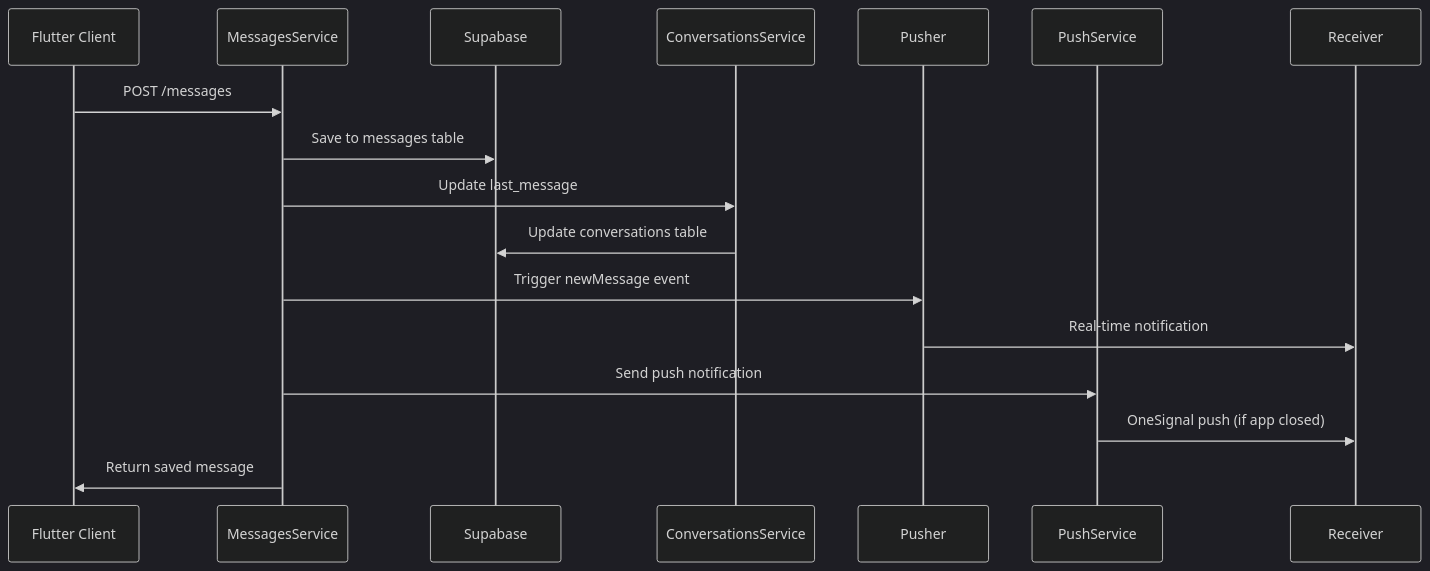
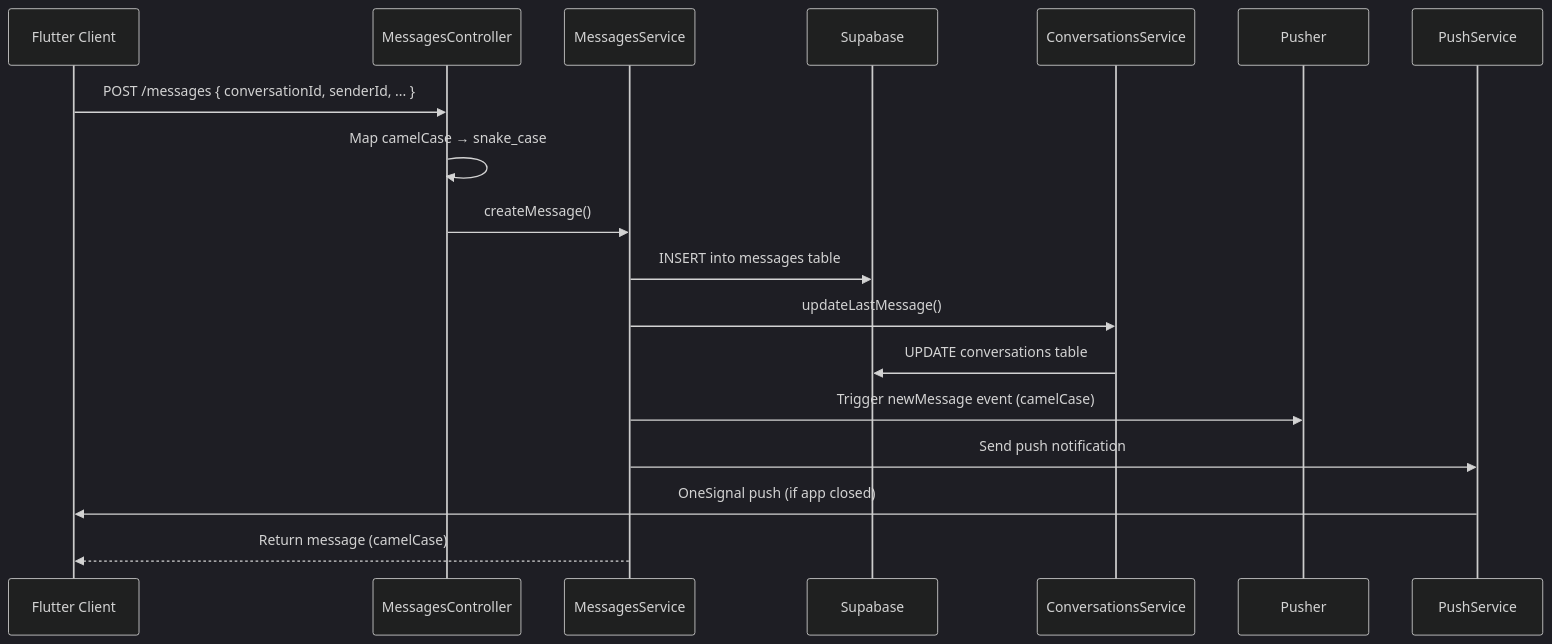
Before and after one commit to mvadly/api-mvchat: the first of 3 diagrams in README.md, drawn with Mermaid (dark theme). The commit also changed other lines of this file and 4 other files, not shown here.

````diff
--- a/README.md
+++ b/README.md
@@ -166,20 +103,21 @@
 ```mermaid
 sequenceDiagram
     participant F as Flutter Client
-    participant M as MessagesService
-    participant S as Supabase
+    participant M as MessagesController
+    participant S as MessagesService
+    participant DB as Supabase
     participant C as ConversationsService
     participant P as Pusher
     participant O as PushService
-    participant R as Receiver
 
-    F->>M: POST /messages
-    M->>S: Save to messages table
-    M->>C: Update last_message
-    C->>S: Update conversations table
-    M->>P: Trigger newMessage event
-    P->>R: Real-time notification
-    M->>O: Send push notification
-    O->>R: OneSignal push (if app closed)
-    M->>F: Return saved message
+    F->>M: POST /messages { conversationId, senderId, ... }
+    M->>M: Map camelCase → snake_case
+    M->>S: createMessage()
+    S->>DB: INSERT into messages table
+    S->>C: updateLastMessage()
+    C->>DB: UPDATE conversations table
+    S->>P: Trigger newMessage event (camelCase)
+    S->>O: Send push notification
+    O->>F: OneSignal push (if app closed)
+    S-->>F: Return message (camelCase)
 ```
````
